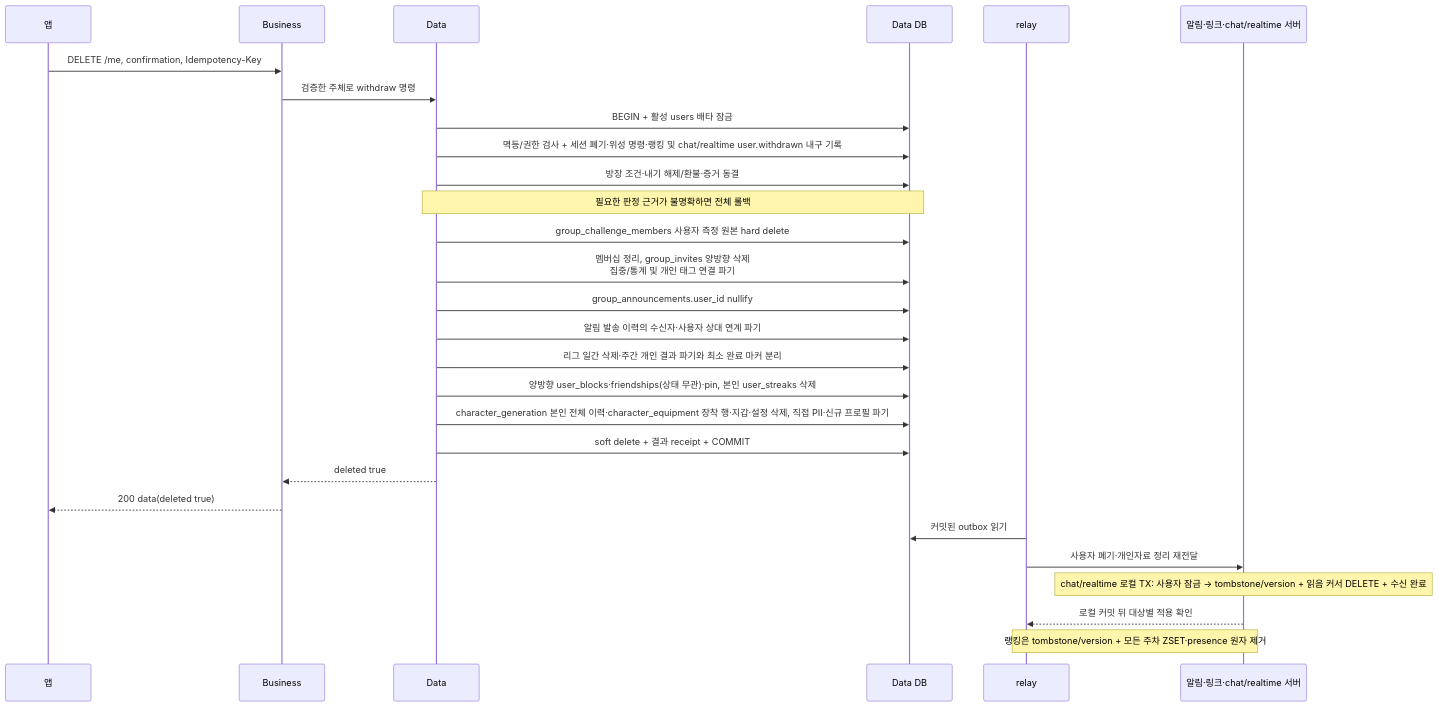
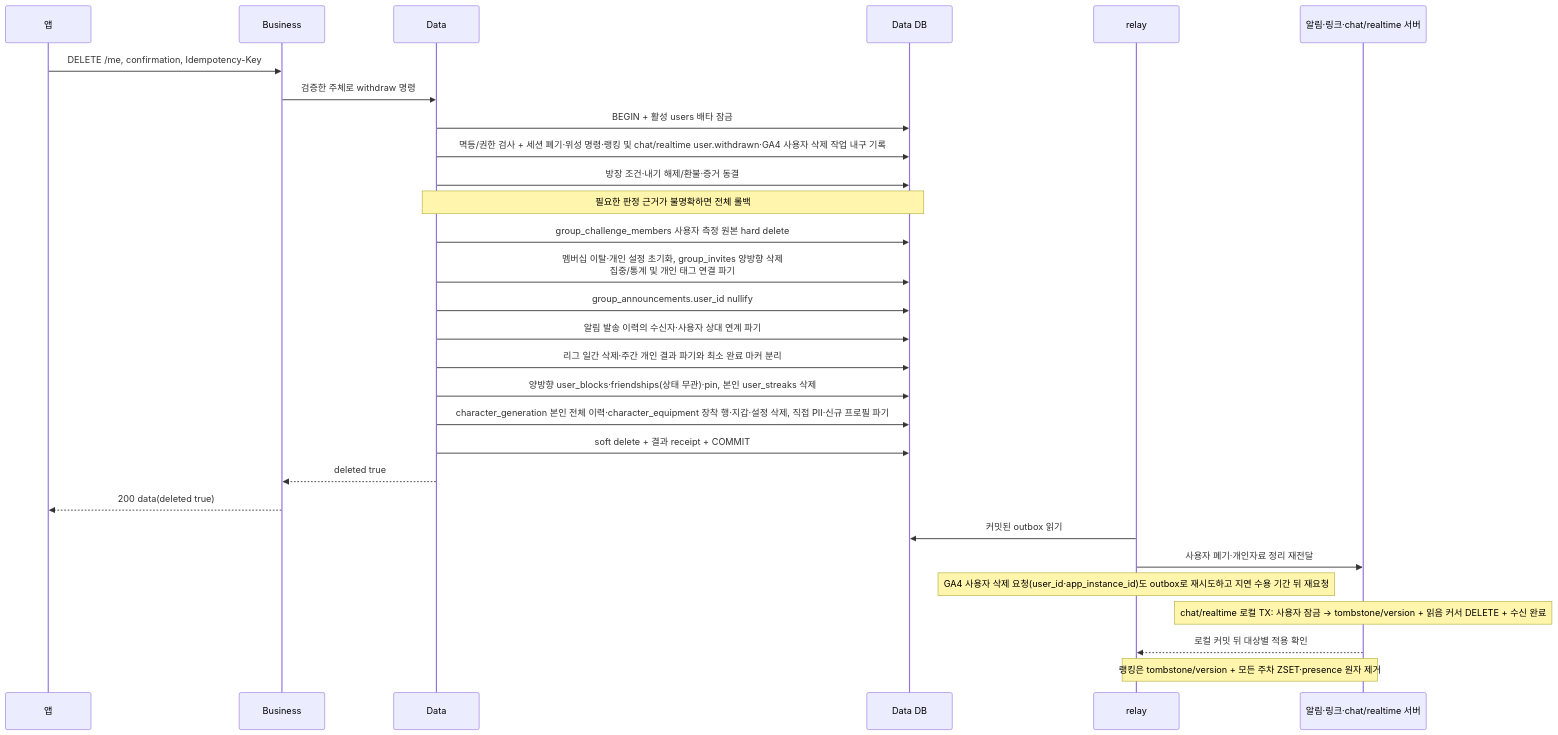
Before and after one commit to OneOrThree/phone: the fifth of 6 diagrams in docs/prd/account/high-level-design.md, drawn with Mermaid. The commit also changed other lines of this file and 4 other files, not shown here.

````diff
--- a/docs/prd/account/high-level-design.md
+++ b/docs/prd/account/high-level-design.md
@@ -151,30 +153,31 @@
 ```mermaid
 sequenceDiagram
     participant A as 앱
     participant B as Business
     participant D as Data
     participant DB as Data DB
     participant R as relay
     participant S as 알림·링크·chat/realtime 서버
     A->>B: DELETE /me, confirmation, Idempotency-Key
     B->>D: 검증한 주체로 withdraw 명령
     D->>DB: BEGIN + 활성 users 배타 잠금
-    D->>DB: 멱등/권한 검사 + 세션 폐기·위성 명령·랭킹 및 chat/realtime user.withdrawn 내구 기록
+    D->>DB: 멱등/권한 검사 + 세션 폐기·위성 명령·랭킹 및 chat/realtime user.withdrawn·GA4 사용자 삭제 작업 내구 기록
     D->>DB: 방장 조건·내기 해제/환불·증거 동결
     Note over D,DB: 필요한 판정 근거가 불명확하면 전체 롤백
     D->>DB: group_challenge_members 사용자 측정 원본 hard delete
-    D->>DB: 멤버십 정리, group_invites 양방향 삭제<br/>집중/통계 및 개인 태그 연결 파기
+    D->>DB: 멤버십 이탈·개인 설정 초기화, group_invites 양방향 삭제<br/>집중/통계 및 개인 태그 연결 파기
     D->>DB: group_announcements.user_id nullify
     D->>DB: 알림 발송 이력의 수신자·사용자 상대 연계 파기
     D->>DB: 리그 일간 삭제·주간 개인 결과 파기와 최소 완료 마커 분리
     D->>DB: 양방향 user_blocks·friendships(상태 무관)·pin, 본인 user_streaks 삭제
     D->>DB: character_generation 본인 전체 이력·character_equipment 장착 행·지갑·설정 삭제, 직접 PII·신규 프로필 파기
     D->>DB: soft delete + 결과 receipt + COMMIT
     D-->>B: deleted true
     B-->>A: 200 data(deleted true)
     R->>DB: 커밋된 outbox 읽기
     R->>S: 사용자 폐기·개인자료 정리 재전달
+    Note over R: GA4 사용자 삭제 요청(user_id·app_instance_id)도 outbox로 재시도하고 지연 수용 기간 뒤 재요청
     Note over S: chat/realtime 로컬 TX: 사용자 잠금 → tombstone/version + 읽음 커서 DELETE + 수신 완료
     S-->>R: 로컬 커밋 뒤 대상별 적용 확인
     Note over R,S: 랭킹은 tombstone/version + 모든 주차 ZSET·presence 원자 제거
 ```
````
